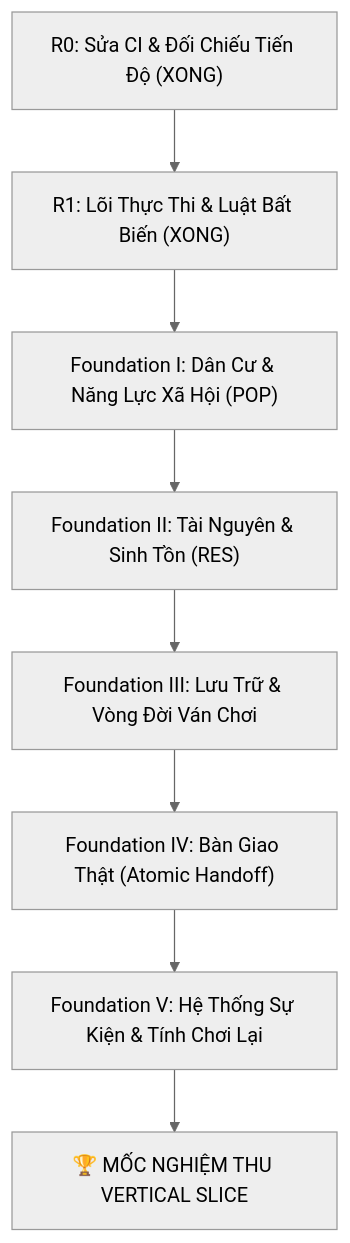
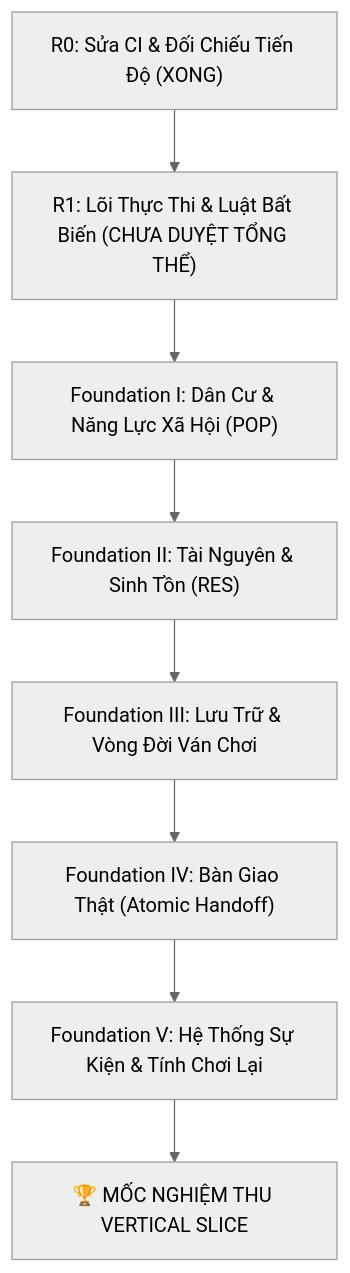
The diagram in docs/MASTER_ROADMAP.md (tanntran2000/Build-Settlement), drawn with Mermaid (neutral theme) before and after one commit. The commit also changed other lines of this file and 1 other file, not shown here.

````diff
--- a/docs/MASTER_ROADMAP.md
+++ b/docs/MASTER_ROADMAP.md
@@ -18,10 +18,10 @@
 ```mermaid
 flowchart TD
-    R0["R0: Sửa CI & Đối Chiếu Tiến Độ (XONG)"] --> R1["R1: Lõi Thực Thi & Luật Bất Biến (XONG)"]
+    R0["R0: Sửa CI & Đối Chiếu Tiến Độ (XONG)"] --> R1["R1: Lõi Thực Thi & Luật Bất Biến (CHƯA DUYỆT TỔNG THỂ)"]
     R1 --> F1["Foundation I: Dân Cư & Năng Lực Xã Hội (POP)"]
     F1 --> F2["Foundation II: Tài Nguyên & Sinh Tồn (RES)"]
     F2 --> F3["Foundation III: Lưu Trữ & Vòng Đời Ván Chơi"]
     F3 --> F4["Foundation IV: Bàn Giao Thật (Atomic Handoff)"]
     F4 --> F5["Foundation V: Hệ Thống Sự Kiện & Tính Chơi Lại"]
     F5 --> MILESTONE["🏆 MỐC NGHIỆM THU VERTICAL SLICE"]
 ```
````
